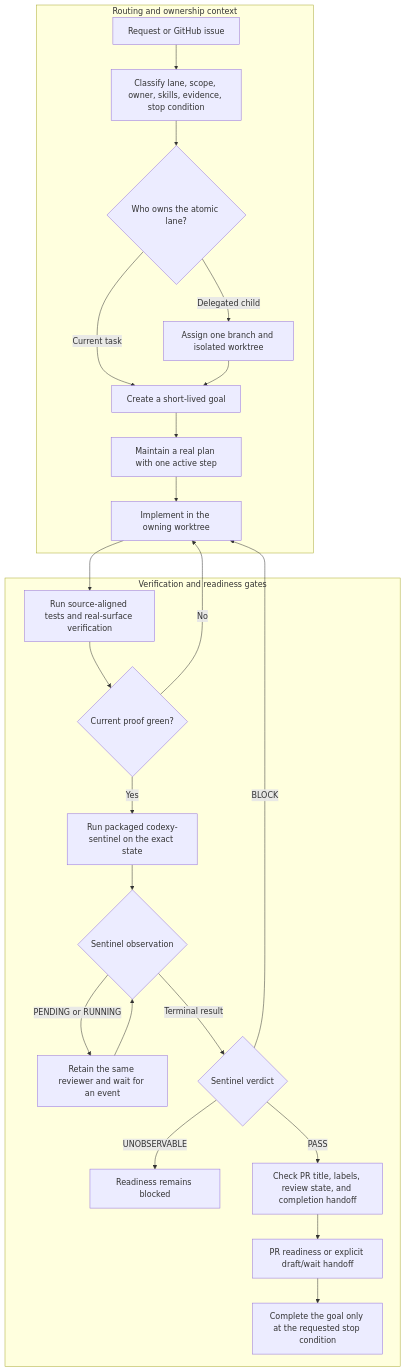
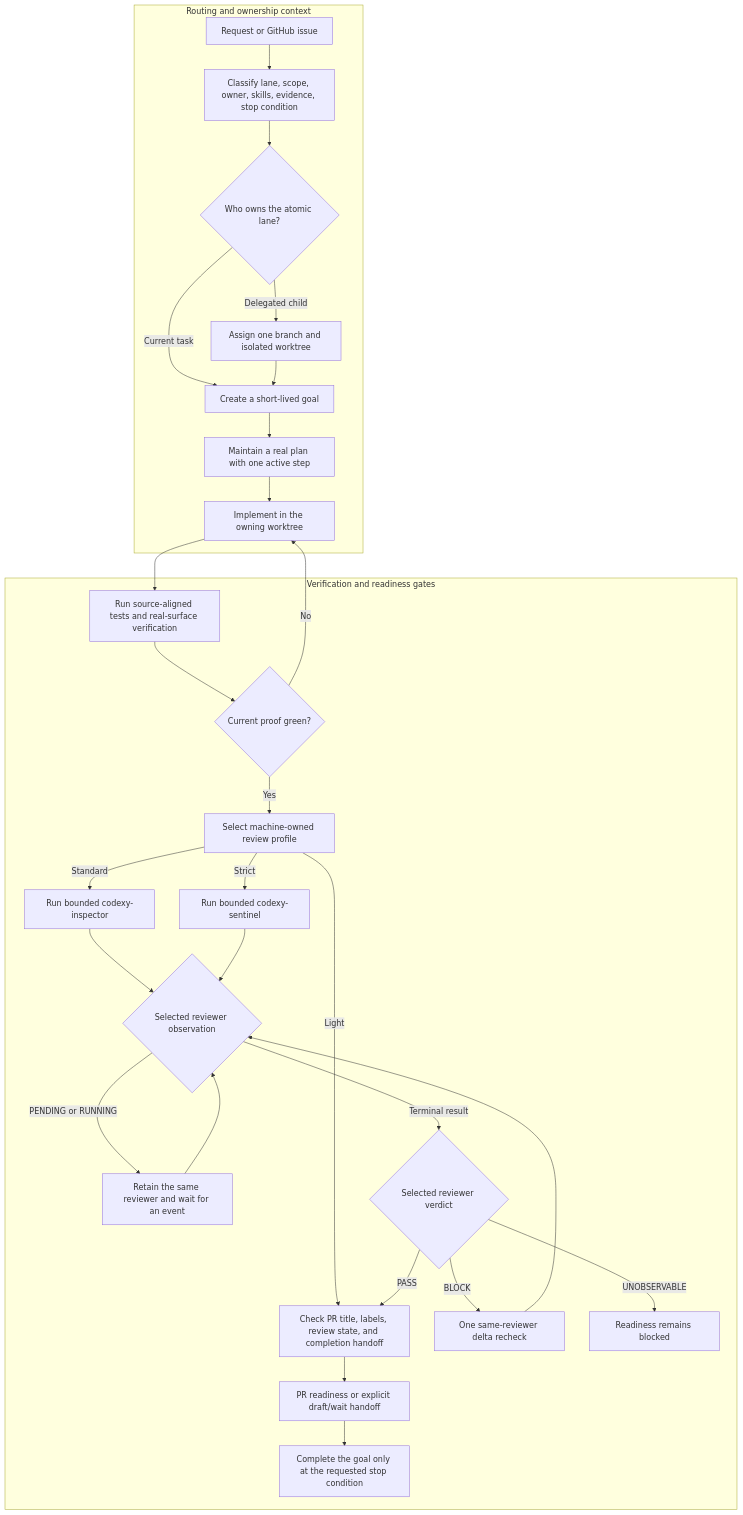
The first of 2 diagrams in docs/architecture.md (eunsoogi/codexy), drawn with Mermaid before and after one commit. The commit also changed other lines of this file and 15 other files, not shown here.

````diff
--- a/docs/architecture.md
+++ b/docs/architecture.md
@@ -134,28 +134,33 @@
 ```mermaid
 flowchart TD
     subgraph routing["Routing and ownership context"]
         request["Request or GitHub issue"] --> classify["Classify lane, scope, owner, skills, evidence, stop condition"]
         classify --> owner{"Who owns the atomic lane?"}
         owner -->|Current task| goal["Create a short-lived goal"]
         owner -->|Delegated child| worktree["Assign one branch and isolated worktree"]
         worktree --> goal
         goal --> plan["Maintain a real plan with one active step"]
         plan --> implement["Implement in the owning worktree"]
     end
 
     subgraph gates["Verification and readiness gates"]
         implement --> verify["Run source-aligned tests and real-surface verification"]
         verify --> proof{"Current proof green?"}
         proof -->|No| implement
-        proof -->|Yes| sentinel["Run packaged codexy-sentinel on the exact state"]
-        sentinel --> observation{"Sentinel observation"}
+        proof -->|Yes| profile["Select machine-owned review profile"]
+        profile -->|Light| readiness["No LLM review"]
+        profile -->|Standard| inspector["Run bounded codexy-inspector"]
+        profile -->|Strict| sentinel["Run bounded codexy-sentinel"]
+        inspector --> observation{"Selected reviewer observation"}
+        sentinel --> observation
         observation -->|PENDING or RUNNING| wait_review["Retain the same reviewer and wait for an event"]
         wait_review --> observation
-        observation -->|Terminal result| verdict{"Sentinel verdict"}
-        verdict -->|BLOCK| implement
+        observation -->|Terminal result| verdict{"Selected reviewer verdict"}
+        verdict -->|BLOCK| delta["One same-reviewer delta recheck"]
+        delta --> observation
         verdict -->|UNOBSERVABLE| blocked["Readiness remains blocked"]
         verdict -->|PASS| readiness["Check PR title, labels, review state, and completion handoff"]
         readiness --> delivery["PR readiness or explicit draft/wait handoff"]
         delivery --> finish["Complete the goal only at the requested stop condition"]
     end
 ```
````
